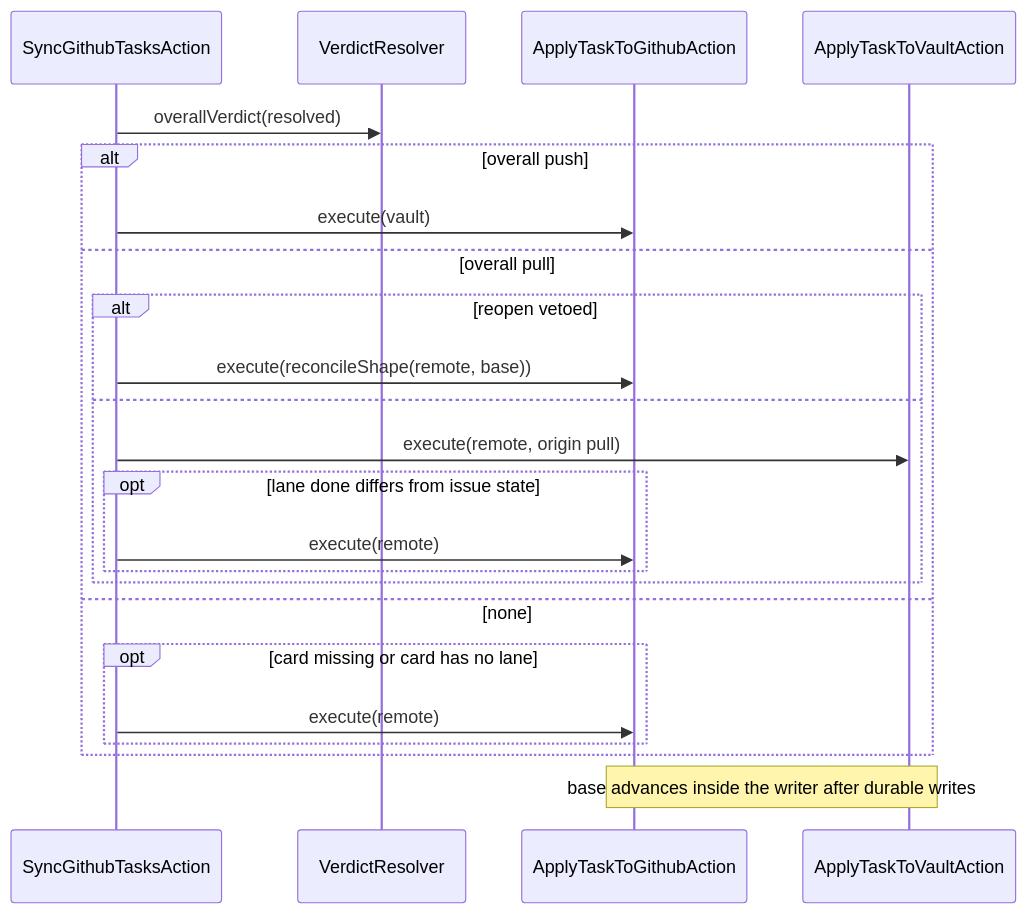
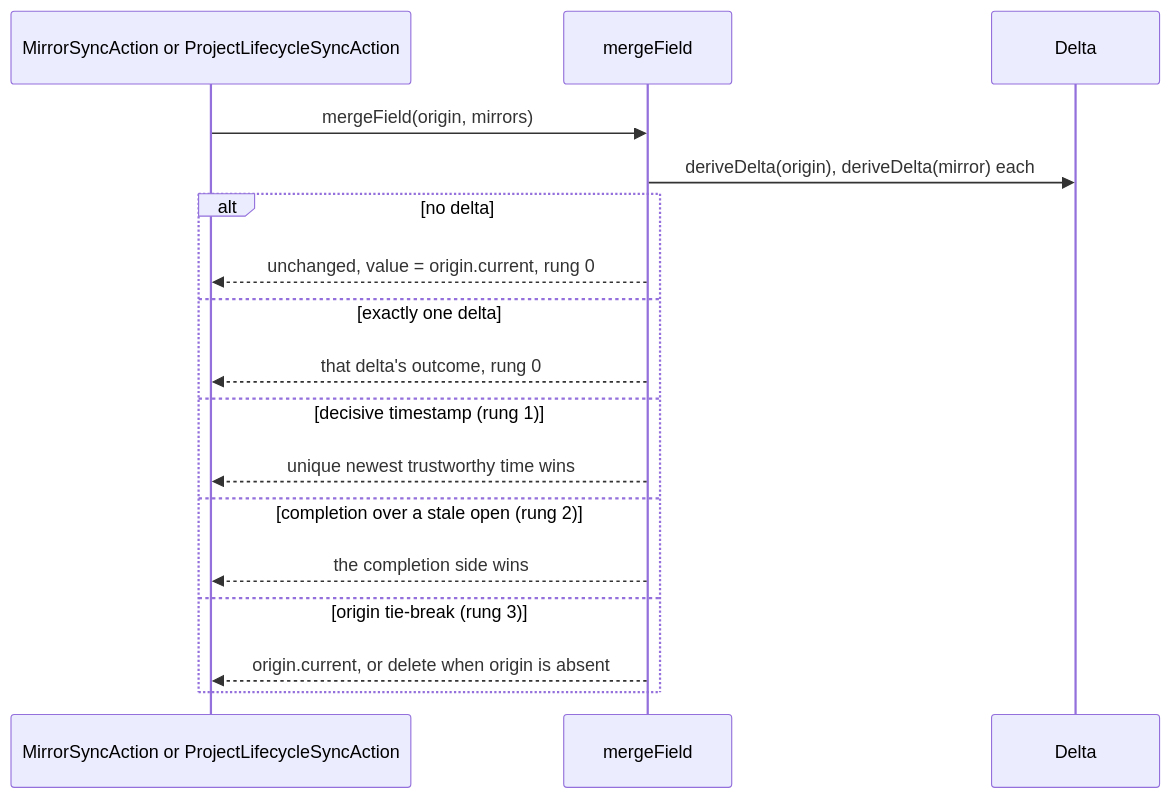
One commit to 99linesofcode/obsidian-project-management changed the fourth of 18 diagrams in docs/developer-manual.md. Above: the diagram before and after it, drawn with Mermaid. The commit also changed other lines of this file and 1 other file, not shown here.

First line of the commit message:
docs: rewrite the manual and architecture for the multi-adapter core

````diff
--- a/docs/developer-manual.md
+++ b/docs/developer-manual.md
@@ -295,26 +279,20 @@
 ```mermaid
 sequenceDiagram
-  participant GH as SyncGithubTasksAction
-  participant VR as VerdictResolver
-  participant WGH as ApplyTaskToGithubAction
-  participant WV as ApplyTaskToVaultAction
+  participant Caller as MirrorSyncAction or ProjectLifecycleSyncAction
+  participant MF as mergeField
+  participant D as Delta
 
-  GH->>VR: overallVerdict(resolved)
-  alt overall push
-    GH->>WGH: execute(vault)
-  else overall pull
-    alt reopen vetoed
-      GH->>WGH: execute(reconcileShape(remote, base))
-    else
-      GH->>WV: execute(remote, origin pull)
-      opt lane done differs from issue state
-        GH->>WGH: execute(remote)
-      end
-    end
-  else none
-    opt card missing or card has no lane
-      GH->>WGH: execute(remote)
-    end
+  Caller->>MF: mergeField(origin, mirrors)
+  MF->>D: deriveDelta(origin), deriveDelta(mirror) each
+  alt no delta
+    MF-->>Caller: unchanged, value = origin.current, rung 0
+  else exactly one delta
+    MF-->>Caller: that delta's outcome, rung 0
+  else decisive timestamp (rung 1)
+    MF-->>Caller: unique newest trustworthy time wins
+  else completion over a stale open (rung 2)
+    MF-->>Caller: the completion side wins
+  else origin tie-break (rung 3)
+    MF-->>Caller: origin.current, or delete when origin is absent
   end
-  Note over WGH,WV: base advances inside the writer after durable writes
 ```
````
